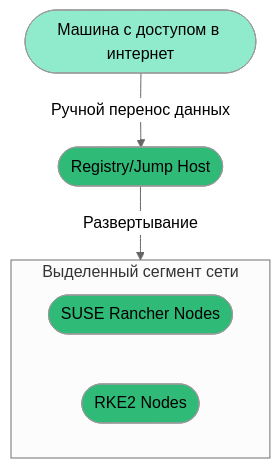
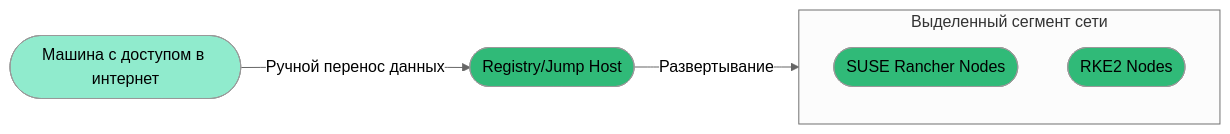
The diagram in README.md (ppzhukov/airgap-10.2022), drawn with Mermaid (neutral theme) before and after one commit.

````diff
--- a/README.md
+++ b/README.md
@@ -5,16 +5,16 @@
 ```mermaid
-flowchart TB
+flowchart LR
 style id1 fill:#90EBCD
 style id2 fill:#30BA78
 style id3 fill:#30BA78
 style id4 fill:#30BA78
 
   id1([Машина с доступом в интернет])
   id2(["Registry/Jump Host"])
   id1 --> |Ручной перенос данных| id2
   id2 --> |Развертывание| d30
   subgraph d30 ["Выделенный сегмент сети"]
     id3([SUSE Rancher Nodes])
     id4([RKE2 Nodes])
   end
 ```
````
